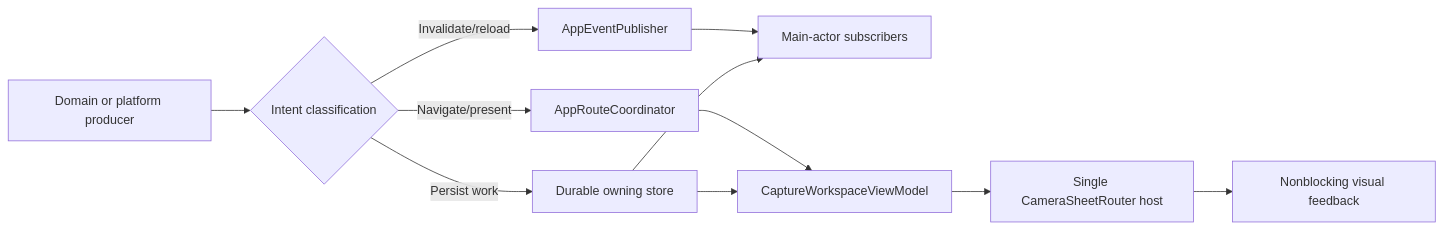
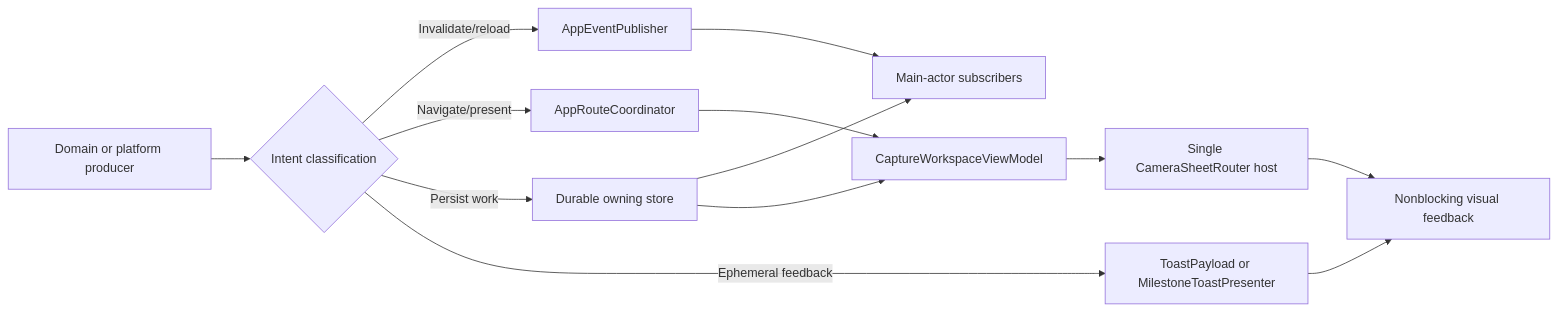
Before and after one commit to emreerdener/merian: the diagram in docs/system-architecture/10-event-and-presentation-routing.md, drawn with Mermaid. The commit also changed other lines of this file and 128 other files, not shown here.

````diff
--- a/docs/system-architecture/10-event-and-presentation-routing.md
+++ b/docs/system-architecture/10-event-and-presentation-routing.md
@@ -24,13 +25,15 @@
 ```mermaid
 flowchart LR
     P["Domain or platform producer"] --> C{"Intent classification"}
     C -->|"Invalidate/reload"| E["AppEventPublisher"]
     C -->|"Navigate/present"| R["AppRouteCoordinator"]
     C -->|"Persist work"| D["Durable owning store"]
+    C -->|"Ephemeral feedback"| T["ToastPayload or MilestoneToastPresenter"]
     E --> S["Main-actor subscribers"]
     R --> V["CaptureWorkspaceViewModel"]
     V --> H["Single CameraSheetRouter host"]
     D --> S
     D --> V
+    T --> F["Nonblocking visual feedback"]
     H --> F["Nonblocking visual feedback"]
 ```
````
